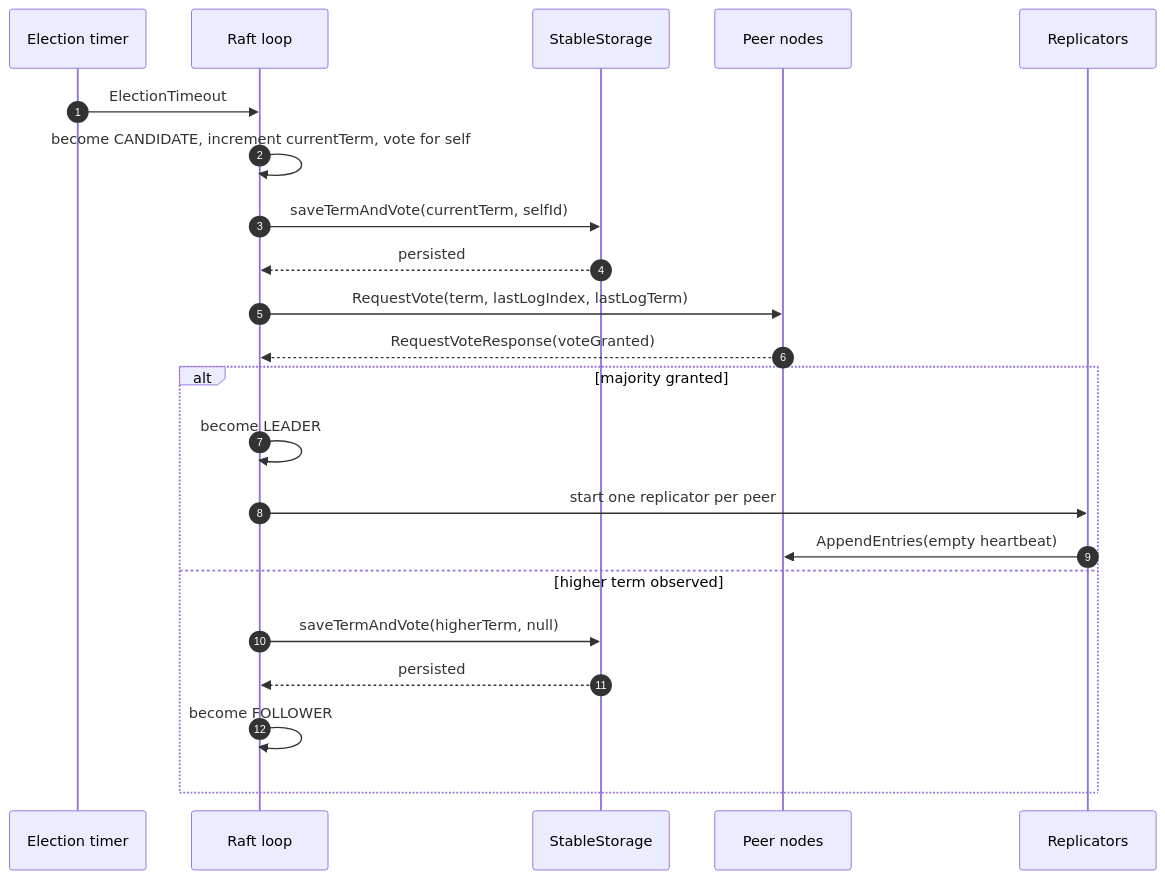
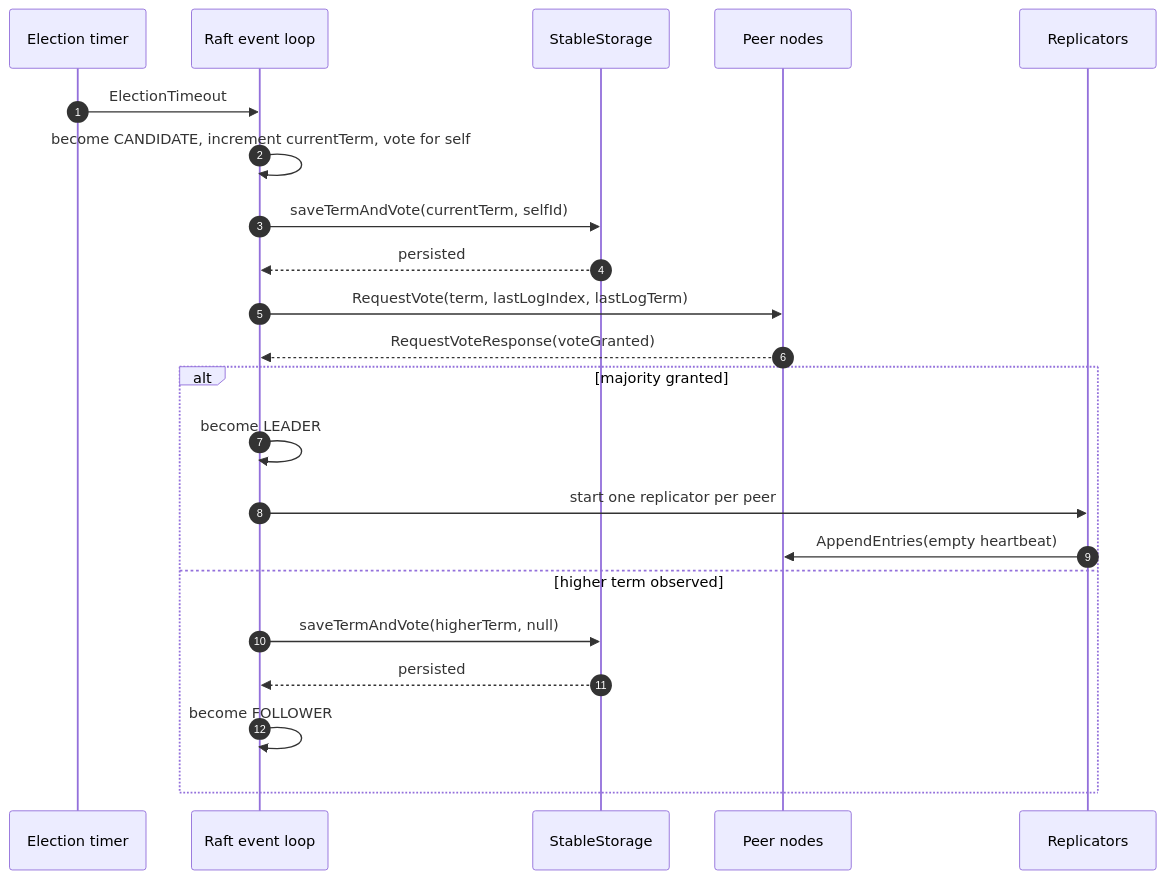
Before and after one commit to hondaya14/raft-kotlin: the second of 4 diagrams in docs/design.md, drawn with Mermaid. The commit also changed other lines of this file and 1 other file, not shown here.

Commit message:
Clarify Raft loop naming

````diff
--- a/docs/design.md
+++ b/docs/design.md
@@ -144,25 +145,25 @@
 ```mermaid
 sequenceDiagram
     autonumber
     participant Timer as Election timer
-    participant RaftLoop as Raft loop
+    participant RaftLoop as Raft event loop
     participant Storage as StableStorage
     participant Peers as Peer nodes
     participant Repl as Replicators
 
     Timer->>RaftLoop: ElectionTimeout
     RaftLoop->>RaftLoop: become CANDIDATE, increment currentTerm, vote for self
     RaftLoop->>Storage: saveTermAndVote(currentTerm, selfId)
     Storage-->>RaftLoop: persisted
     RaftLoop->>Peers: RequestVote(term, lastLogIndex, lastLogTerm)
     Peers-->>RaftLoop: RequestVoteResponse(voteGranted)
     alt majority granted
         RaftLoop->>RaftLoop: become LEADER
         RaftLoop->>Repl: start one replicator per peer
         Repl->>Peers: AppendEntries(empty heartbeat)
     else higher term observed
         RaftLoop->>Storage: saveTermAndVote(higherTerm, null)
         Storage-->>RaftLoop: persisted
         RaftLoop->>RaftLoop: become FOLLOWER
     end
 ```
````
